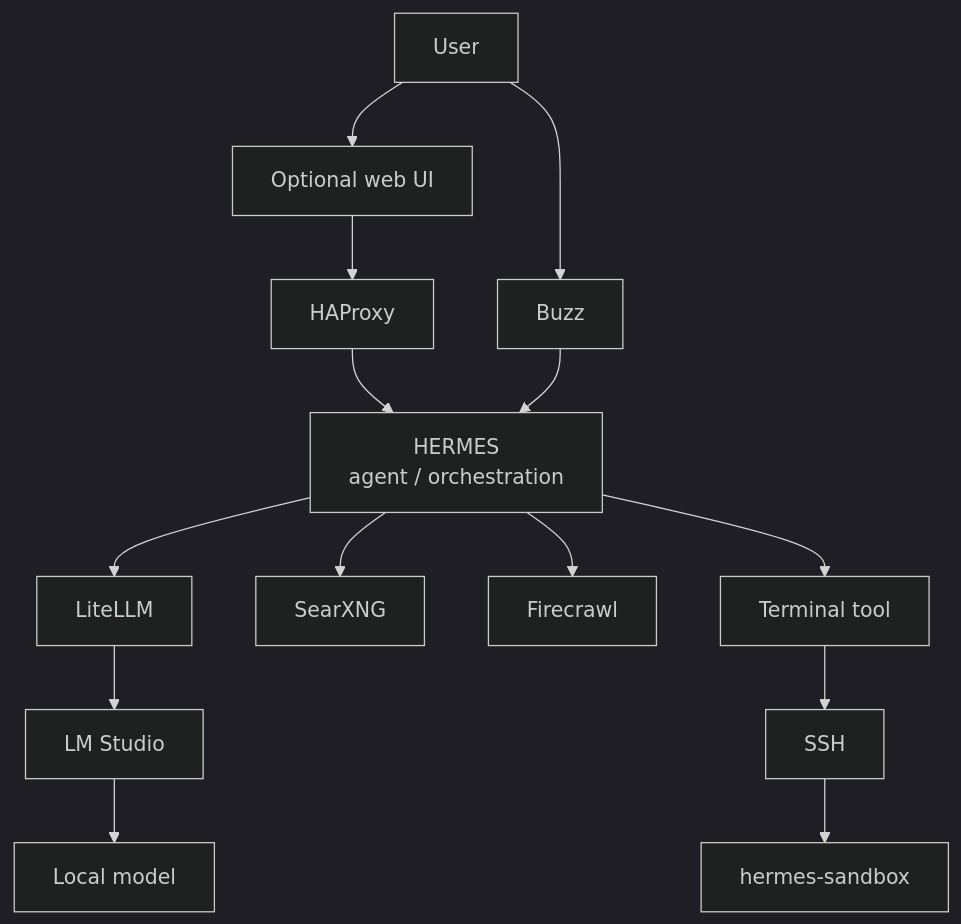
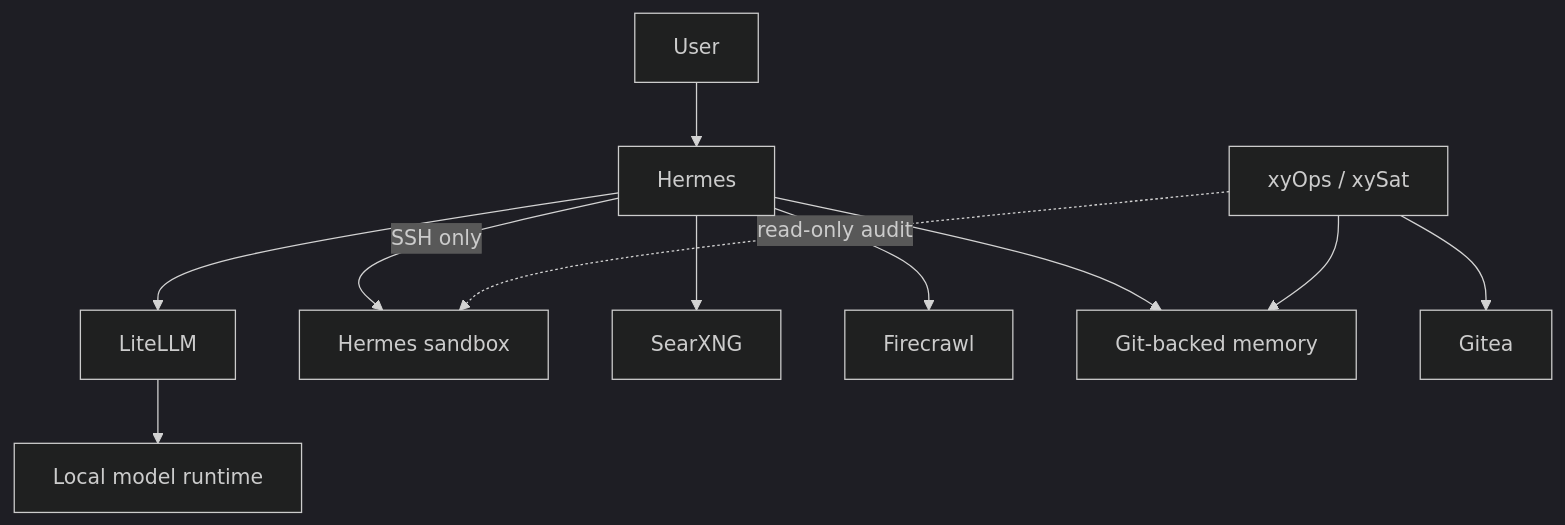
The first of 2 diagrams in stack6_-_hermes/README.md (ea1het/local_hybrid_ai), drawn with Mermaid (dark theme) before and after one commit. The commit also changed other lines of this file and 9 other files, not shown here.

Commit message:
Add xyOps scheduler and Hermes maintenance automation

````diff
--- a/stack6_-_hermes/README.md
+++ b/stack6_-_hermes/README.md
@@ -173,36 +111,26 @@
 ```mermaid
 flowchart TD
-    U["User"]
-    B["Buzz"]
-    W["Optional web UI"]
-    HA["HAProxy"]
-    H["HERMES<br/>agent / orchestration"]
+    U[User]
+    H[Hermes]
+    LL[LiteLLM]
+    LM[Local model runtime]
+    SB[Hermes sandbox]
+    SX[SearXNG]
+    FC[Firecrawl]
+    GM[Git-backed memory]
+    G[Gitea]
+    XO[xyOps / xySat]
 
-    LL["LiteLLM"]
-    LM["LM Studio"]
-    M["Local model"]
-
-    SX["SearXNG"]
-    FC["Firecrawl"]
-
-    T["Terminal tool"]
-    SSH["SSH"]
-    SB["hermes-sandbox"]
-
-    U --> B
-    U --> W
-    W --> HA
-    HA --> H
-    B --> H
-
+    U --> H
     H --> LL
     LL --> LM
-    LM --> M
 
     H --> SX
     H --> FC
+    H -->|SSH only| SB
+    H --> GM
 
-    H --> T
-    T --> SSH
-    SSH --> SB
+    XO --> GM
+    XO --> G
+    XO -. read-only audit .-> SB
 ```
````
